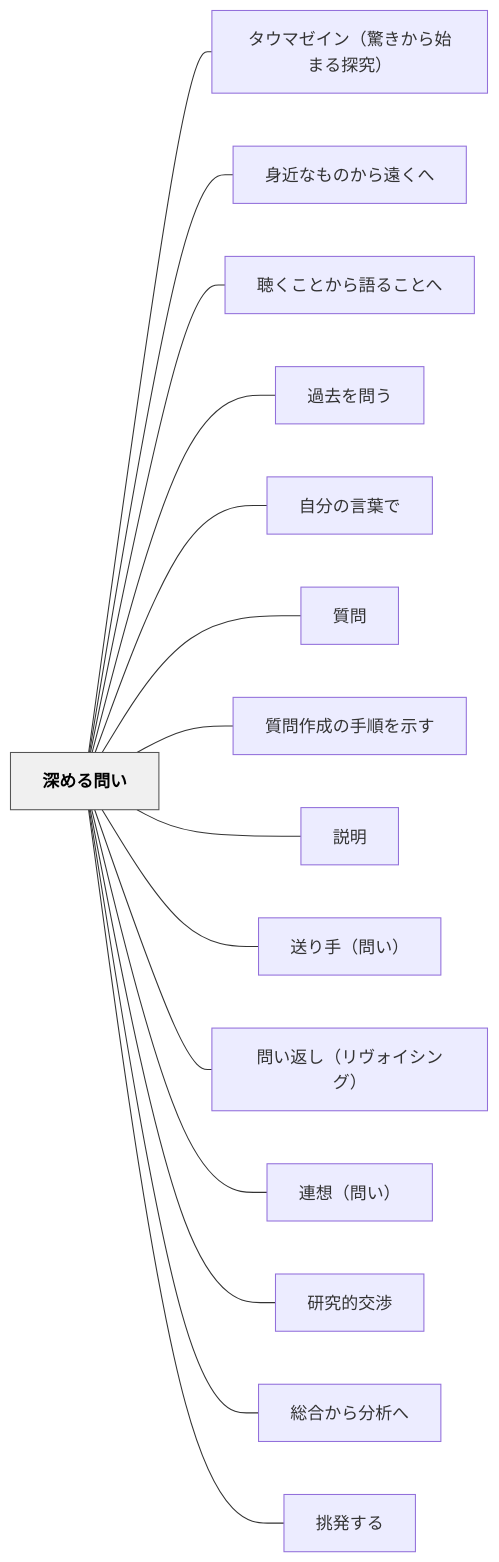
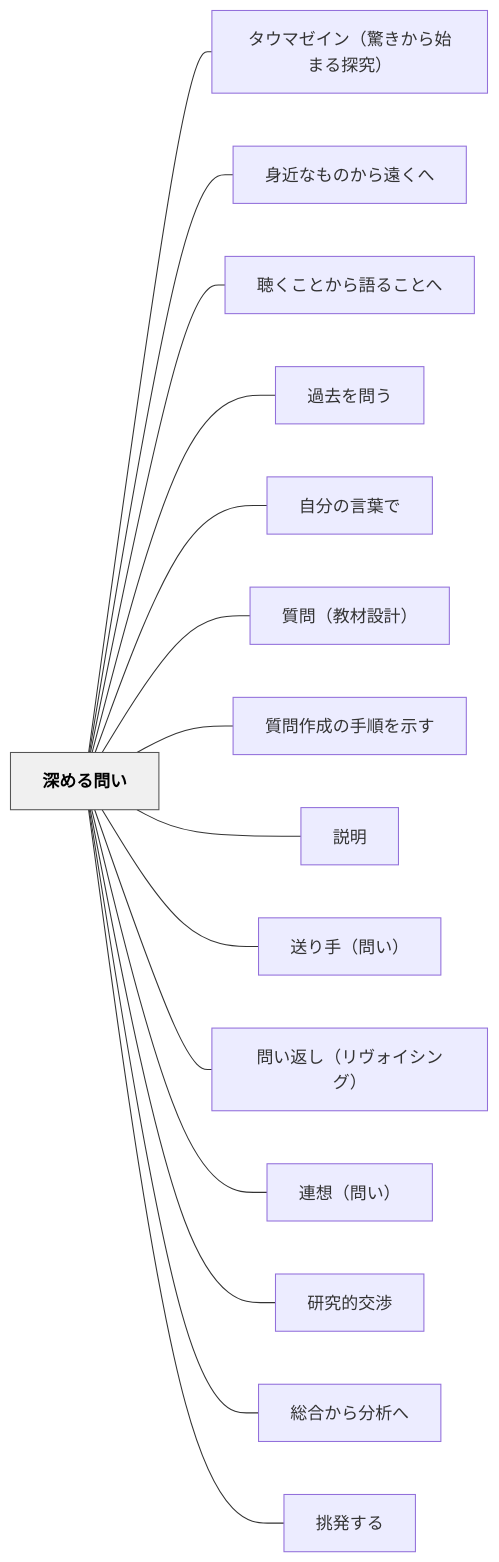
One commit to unknownthings-ed-patterns/unknownthings-ed-patterns changed the diagram in content/パタン/深める問い.md. Above: the diagram before and after it, drawn with Mermaid. The commit also changed other lines of this file and 9 other files, not shown here.

````diff
--- a/content/パタン/深める問い.md
+++ b/content/パタン/深める問い.md
@@ -117,36 +117,36 @@
 ```mermaid
 flowchart LR
     ne6b7b1e38281e3828be5958fe38184["深める問い"]
     ne382bfe382a6e3839ee382bce382a4e383b3efbc88e9a99ae3818de3818be38289e5a78be381bee3828be68ea2e7a9b6efbc89["タウマゼイン（驚きから始まる探究）"]
     ne8baabe8bf91e381aae38282e381aee3818be38289e981a0e3818fe381b8["身近なものから遠くへ"]
     ne881b4e3818fe38193e381a8e3818be38289e8aa9ee3828be38193e381a8e381b8["聴くことから語ることへ"]
     ne9818ee58ebbe38292e5958fe38186["過去を問う"]
     ne887aae58886e381aee8a880e89189e381a7["自分の言葉で"]
-    ne8b3aae5958f["質問"]
+    ne8b3aae5958fefbc88e69599e69d90e8a8ade8a888efbc89["質問（教材設計）"]
     ne8b3aae5958fe4bd9ce68890e381aee6898be9a086e38292e7a4bae38199["質問作成の手順を示す"]
     ne8aaace6988e["説明"]
     ne98081e3828ae6898befbc88e5958fe38184efbc89["送り手（問い）"]
     ne5958fe38184e8bf94e38197efbc88e383aae383b4e382a9e382a4e382b7e383b3e382b0efbc89["問い返し（リヴォイシング）"]
     ne980a3e683b3efbc88e5958fe38184efbc89["連想（問い）"]
     ne7a094e7a9b6e79a84e4baa4e6b889["研究的交渉"]
     ne7b78fe59088e3818be38289e58886e69e90e381b8["総合から分析へ"]
     ne68c91e799bae38199e3828b["挑発する"]
 
     ne6b7b1e38281e3828be5958fe38184 --- ne382bfe382a6e3839ee382bce382a4e383b3efbc88e9a99ae3818de3818be38289e5a78be381bee3828be68ea2e7a9b6efbc89
     ne6b7b1e38281e3828be5958fe38184 --- ne8baabe8bf91e381aae38282e381aee3818be38289e981a0e3818fe381b8
     ne6b7b1e38281e3828be5958fe38184 --- ne881b4e3818fe38193e381a8e3818be38289e8aa9ee3828be38193e381a8e381b8
     ne6b7b1e38281e3828be5958fe38184 --- ne9818ee58ebbe38292e5958fe38186
     ne6b7b1e38281e3828be5958fe38184 --- ne887aae58886e381aee8a880e89189e381a7
-    ne6b7b1e38281e3828be5958fe38184 --- ne8b3aae5958f
+    ne6b7b1e38281e3828be5958fe38184 --- ne8b3aae5958fefbc88e69599e69d90e8a8ade8a888efbc89
     ne6b7b1e38281e3828be5958fe38184 --- ne8b3aae5958fe4bd9ce68890e381aee6898be9a086e38292e7a4bae38199
     ne6b7b1e38281e3828be5958fe38184 --- ne8aaace6988e
     ne6b7b1e38281e3828be5958fe38184 --- ne98081e3828ae6898befbc88e5958fe38184efbc89
     ne6b7b1e38281e3828be5958fe38184 --- ne5958fe38184e8bf94e38197efbc88e383aae383b4e382a9e382a4e382b7e383b3e382b0efbc89
     ne6b7b1e38281e3828be5958fe38184 --- ne980a3e683b3efbc88e5958fe38184efbc89
     ne6b7b1e38281e3828be5958fe38184 --- ne7a094e7a9b6e79a84e4baa4e6b889
     ne6b7b1e38281e3828be5958fe38184 --- ne7b78fe59088e3818be38289e58886e69e90e381b8
     ne6b7b1e38281e3828be5958fe38184 --- ne68c91e799bae38199e3828b
 
     classDef hub fill:#f0f0f0,stroke:#555,color:#000,font-weight:bold
     class ne6b7b1e38281e3828be5958fe38184 hub
 ```
````
